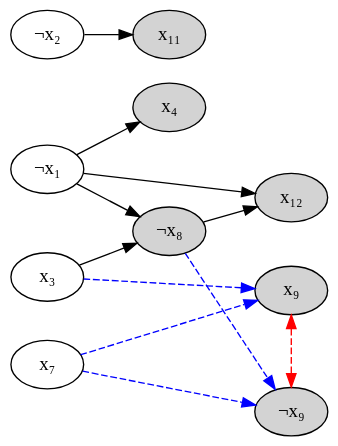
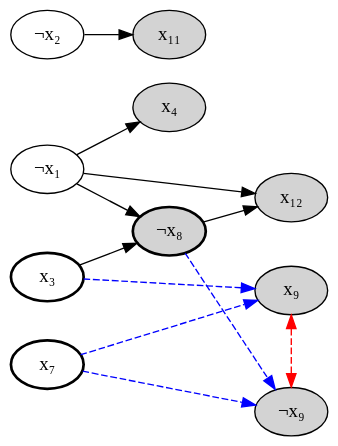
Before and after one commit to vaibhavsagar/presentations: the diagram in sat-solvers/images/graph2.dot, drawn with Graphviz. The commit also changed 2 other files, not shown here.

```diff
--- a/sat-solvers/images/graph2.dot
+++ b/sat-solvers/images/graph2.dot
@@ -1,28 +1,30 @@
 digraph {
     x₁ [label="¬x₁"]
     x₂ [label="¬x₂"]
+    x₃ [style="bold"]
     x₄ [style="filled"]
-    x₈ [label="¬x₈", style="filled"]
+    x₇ [style="bold"]
+    x₈ [label="¬x₈", style="filled,bold"]
     x₉t [label="x₉", style="filled"]
     x₉f [label="¬x₉", style="filled"]
     x₁₁ [style="filled"]
     x₁₂ [style="filled"]
     x₁ -> x₄
     x₃ -> x₈
     x₁ -> x₈
     x₁ -> x₁₂
     x₈ -> x₁₂
     x₂ -> x₁₁
     x₇ -> x₉t [style="dashed",color="blue"]
     x₇ -> x₉f [style="dashed",color="blue"]
     x₈ -> x₉f [style="dashed",color="blue"]
     x₃ -> x₉t [style="dashed",color="blue"]
     x₉t -> x₉f [color="red",dir="both",style="dashed",minlen=3]
     rankdir="LR"
     {rank=same; x₉t x₉f}
     {rank=same; x₁ x₂ x₃ x₇}
     {rank=same; x₈}
     overlap=false
     splines=true
     bgcolor=transparent
 }
```
